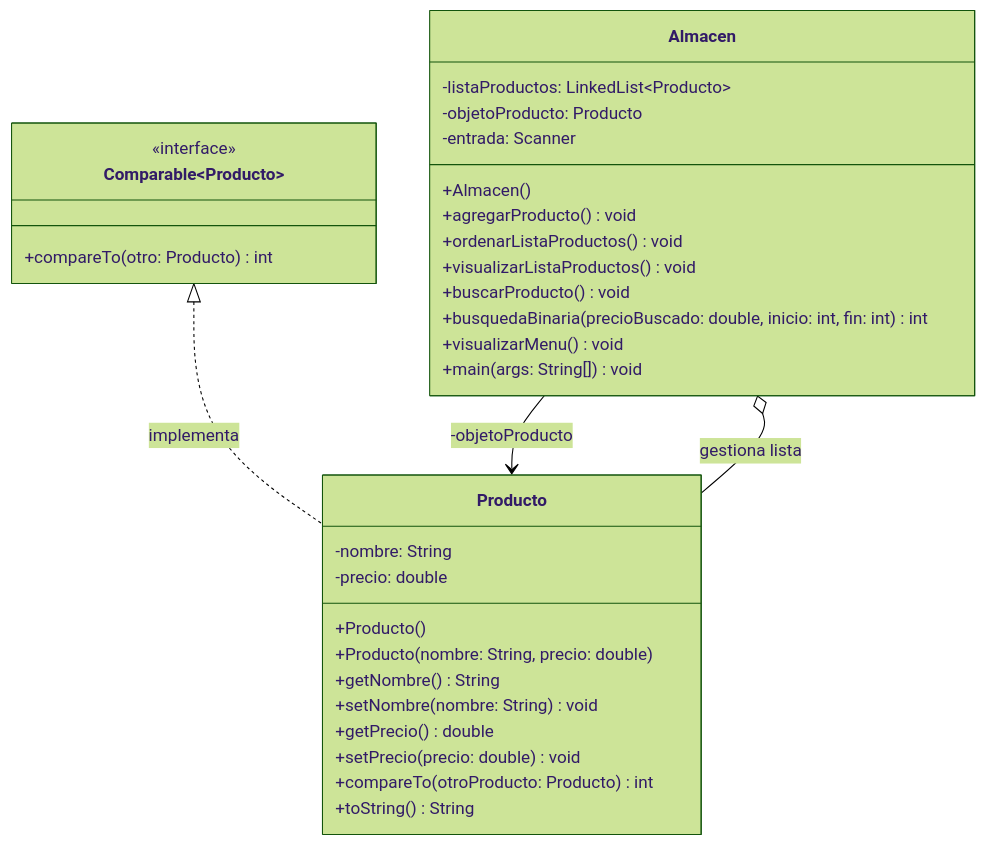
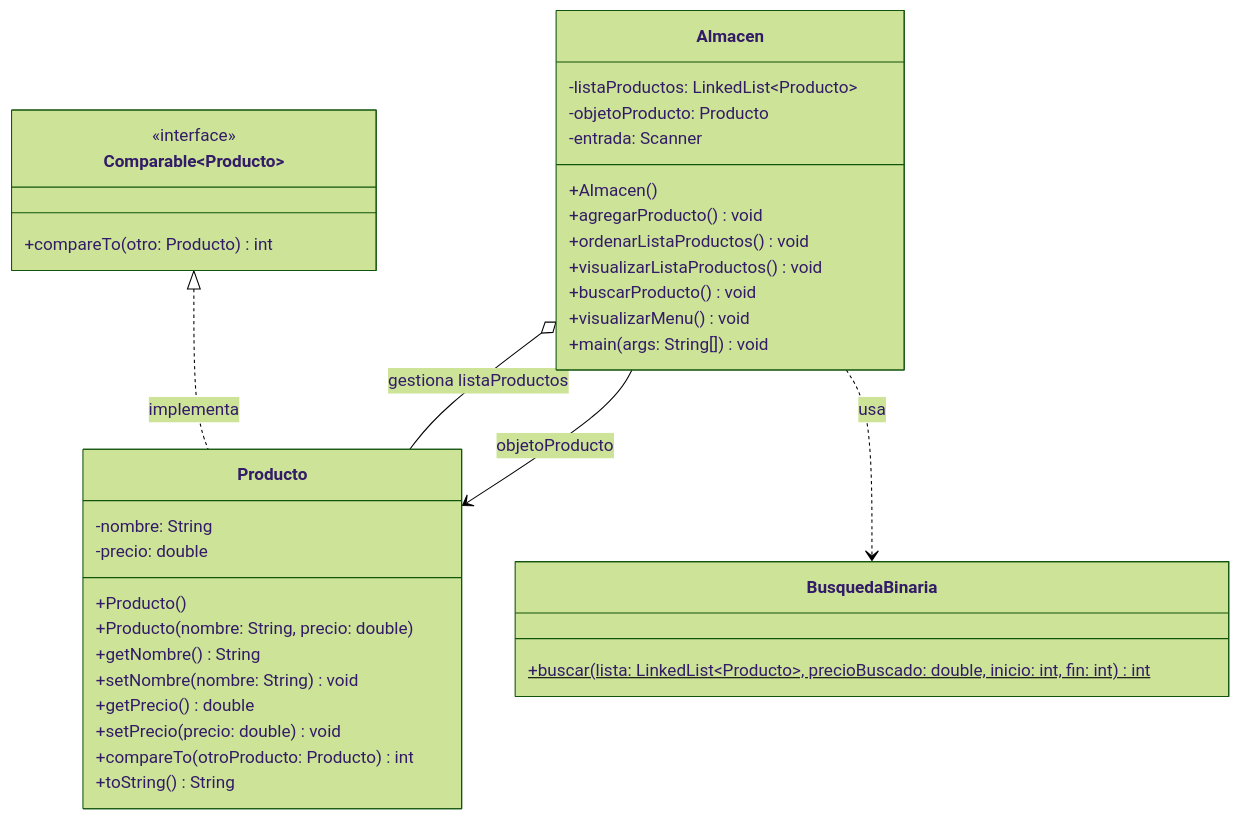
The diagram in README.md (kamila-selvas/253456_253427_U2_AC1), drawn with Mermaid (forest theme) before and after one commit. The commit also changed other lines of this file and 2 other files, not shown here.

Commit message:
Refactor: Modularizar BusquedaBinaria en clase separada y actualizar Almacen

````diff
--- a/README.md
+++ b/README.md
@@ -15,38 +15,42 @@
 ```mermaid
 classDiagram
     class Comparable~Producto~ {
         <<interface>>
         +compareTo(otro: Producto) int
     }
 
     class Producto {
         -nombre: String
         -precio: double
         +Producto()
         +Producto(nombre: String, precio: double)
         +getNombre() String
         +setNombre(nombre: String) void
         +getPrecio() double
         +setPrecio(precio: double) void
         +compareTo(otroProducto: Producto) int
         +toString() String
     }
 
+    class BusquedaBinaria {
+        +buscar(lista: LinkedList~Producto~, precioBuscado: double, inicio: int, fin: int)$ int
+    }
+
     class Almacen {
         -listaProductos: LinkedList~Producto~
         -objetoProducto: Producto
         -entrada: Scanner
         +Almacen()
         +agregarProducto() void
         +ordenarListaProductos() void
         +visualizarListaProductos() void
         +buscarProducto() void
-        +busquedaBinaria(precioBuscado: double, inicio: int, fin: int) int
         +visualizarMenu() void
         +main(args: String[]) void
     }
 
     Comparable~Producto~ <|.. Producto : implementa
-    Almacen --> Producto : -objetoProducto
-    Almacen o-- Producto : gestiona lista
+    Almacen o-- Producto : gestiona listaProductos
+    Almacen --> Producto : objetoProducto
+    Almacen ..> BusquedaBinaria : usa
 ```
````
